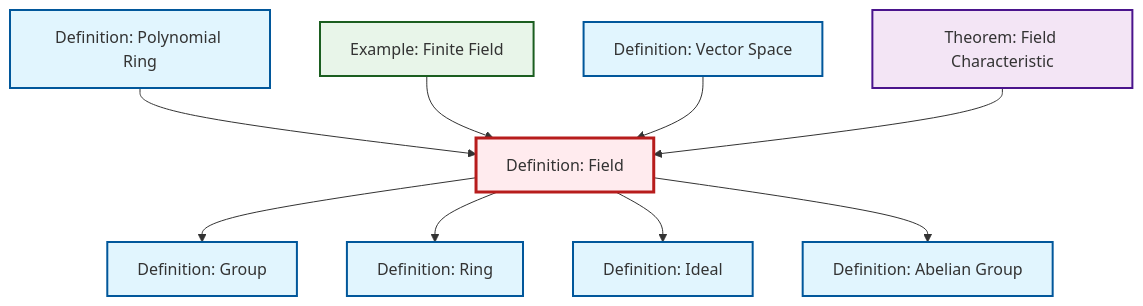
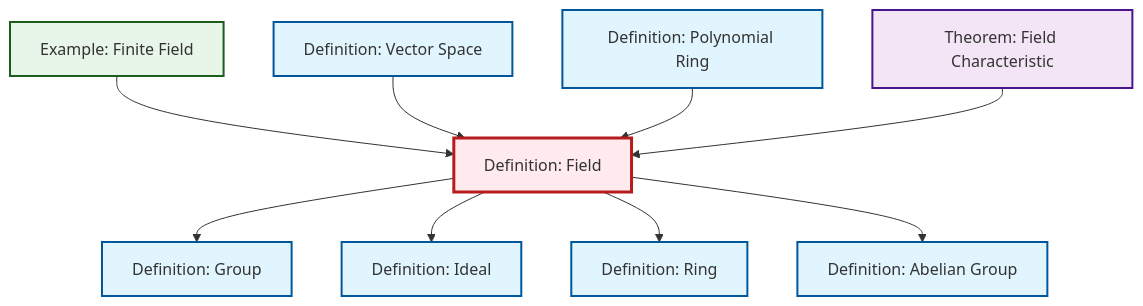
Before and after one commit to RK0429/ModernMath: the diagram in content/ja/algebra/def-field.qmd, drawn with Mermaid. The commit also changed other lines of this file and 615 other files, not shown here.

````diff
--- a/content/ja/algebra/def-field.qmd
+++ b/content/ja/algebra/def-field.qmd
@@ -58,35 +58,35 @@
 ```{mermaid}
 %%| fig-cap: "Local dependency graph"
 graph TD
     classDef definition fill:#e1f5fe,stroke:#01579b,stroke-width:2px
     classDef theorem fill:#f3e5f5,stroke:#4a148c,stroke-width:2px
     classDef axiom fill:#fff3e0,stroke:#e65100,stroke-width:2px
     classDef example fill:#e8f5e9,stroke:#1b5e20,stroke-width:2px
     classDef current fill:#ffebee,stroke:#b71c1c,stroke-width:3px
+    thm-field-characteristic["Theorem: Field Characteristic"]:::theorem
+    def-polynomial-ring["Definition: Polynomial Ring"]:::definition
+    def-group["Definition: Group"]:::definition
     def-ideal["Definition: Ideal"]:::definition
+    def-abelian-group["Definition: Abelian Group"]:::definition
     def-field["Definition: Field"]:::definition
-    def-abelian-group["Definition: Abelian Group"]:::definition
-    def-polynomial-ring["Definition: Polynomial Ring"]:::definition
     def-ring["Definition: Ring"]:::definition
     def-vector-space["Definition: Vector Space"]:::definition
     ex-finite-field["Example: Finite Field"]:::example
-    def-group["Definition: Group"]:::definition
-    thm-field-characteristic["Theorem: Field Characteristic"]:::theorem
     def-field --> def-group
+    def-field --> def-ideal
     def-field --> def-ring
-    def-field --> def-ideal
+    ex-finite-field --> def-field
+    def-vector-space --> def-field
     def-field --> def-abelian-group
     def-polynomial-ring --> def-field
-    ex-finite-field --> def-field
-    def-vector-space --> def-field
     thm-field-characteristic --> def-field
     class def-field current
+    click thm-field-characteristic "thm-field-characteristic.html" "Theorem: Field Characteristicへ"
+    click def-polynomial-ring "def-polynomial-ring.html" "Definition: Polynomial Ringへ"
+    click def-group "def-group.html" "Definition: Groupへ"
     click def-ideal "def-ideal.html" "Definition: Idealへ"
     click def-abelian-group "def-abelian-group.html" "Definition: Abelian Groupへ"
-    click def-polynomial-ring "def-polynomial-ring.html" "Definition: Polynomial Ringへ"
     click def-ring "def-ring.html" "Definition: Ringへ"
     click def-vector-space "def-vector-space.html" "Definition: Vector Spaceへ"
     click ex-finite-field "ex-finite-field.html" "Example: Finite Fieldへ"
-    click def-group "def-group.html" "Definition: Groupへ"
-    click thm-field-characteristic "thm-field-characteristic.html" "Theorem: Field Characteristicへ"
 ```
````
